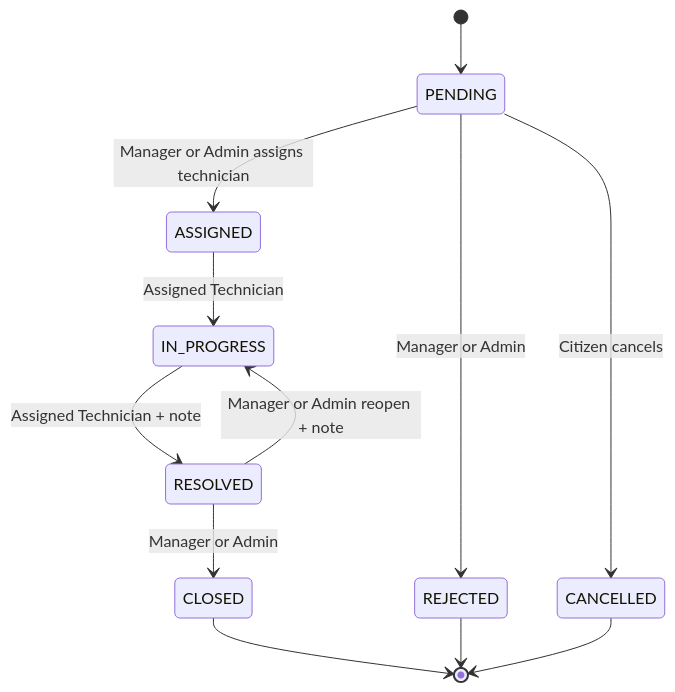
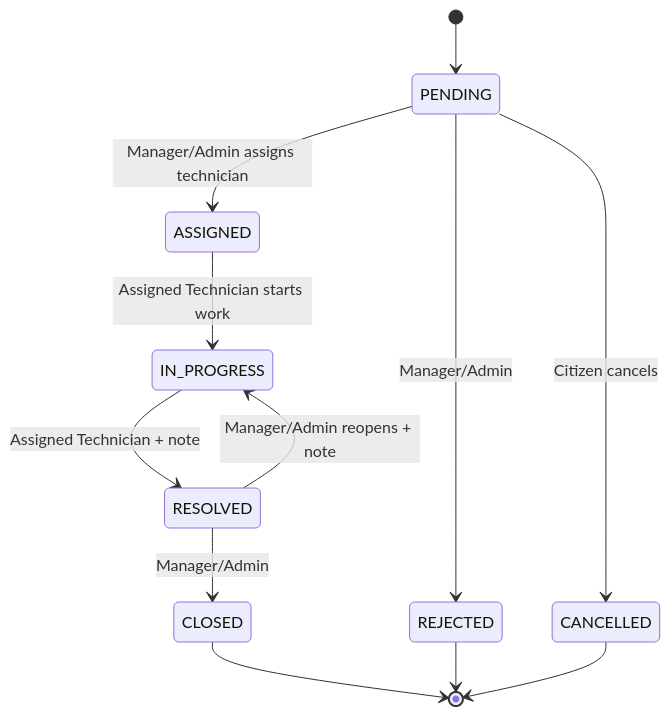
Before and after one commit to Fahim7600/City-Complaint-Platform: the diagram in README.md, drawn with Mermaid. The commit also changed other lines of this file, not shown here.

````diff
--- a/README.md
+++ b/README.md
@@ -100,14 +117,14 @@
 ```mermaid
 stateDiagram-v2
     [*] --> PENDING
-    PENDING --> REJECTED: Manager or Admin
-    PENDING --> ASSIGNED: Manager or Admin assigns technician
-    ASSIGNED --> IN_PROGRESS: Assigned Technician
+    PENDING --> REJECTED: Manager/Admin
+    PENDING --> ASSIGNED: Manager/Admin assigns technician
+    PENDING --> CANCELLED: Citizen cancels
+    ASSIGNED --> IN_PROGRESS: Assigned Technician starts work
     IN_PROGRESS --> RESOLVED: Assigned Technician + note
-    RESOLVED --> CLOSED: Manager or Admin
-    RESOLVED --> IN_PROGRESS: Manager or Admin reopen + note
+    RESOLVED --> CLOSED: Manager/Admin
+    RESOLVED --> IN_PROGRESS: Manager/Admin reopens + note
     CLOSED --> [*]
     REJECTED --> [*]
     CANCELLED --> [*]
-    PENDING --> CANCELLED: Citizen cancels
 ```
````
